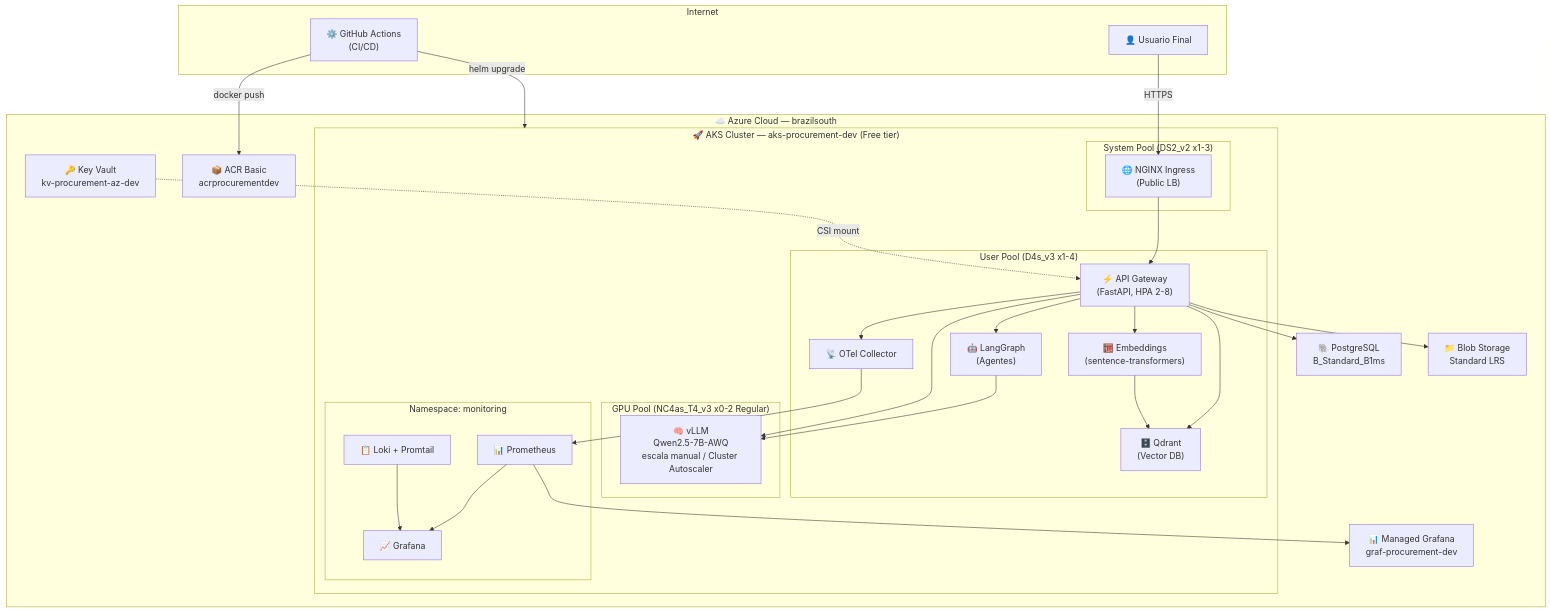
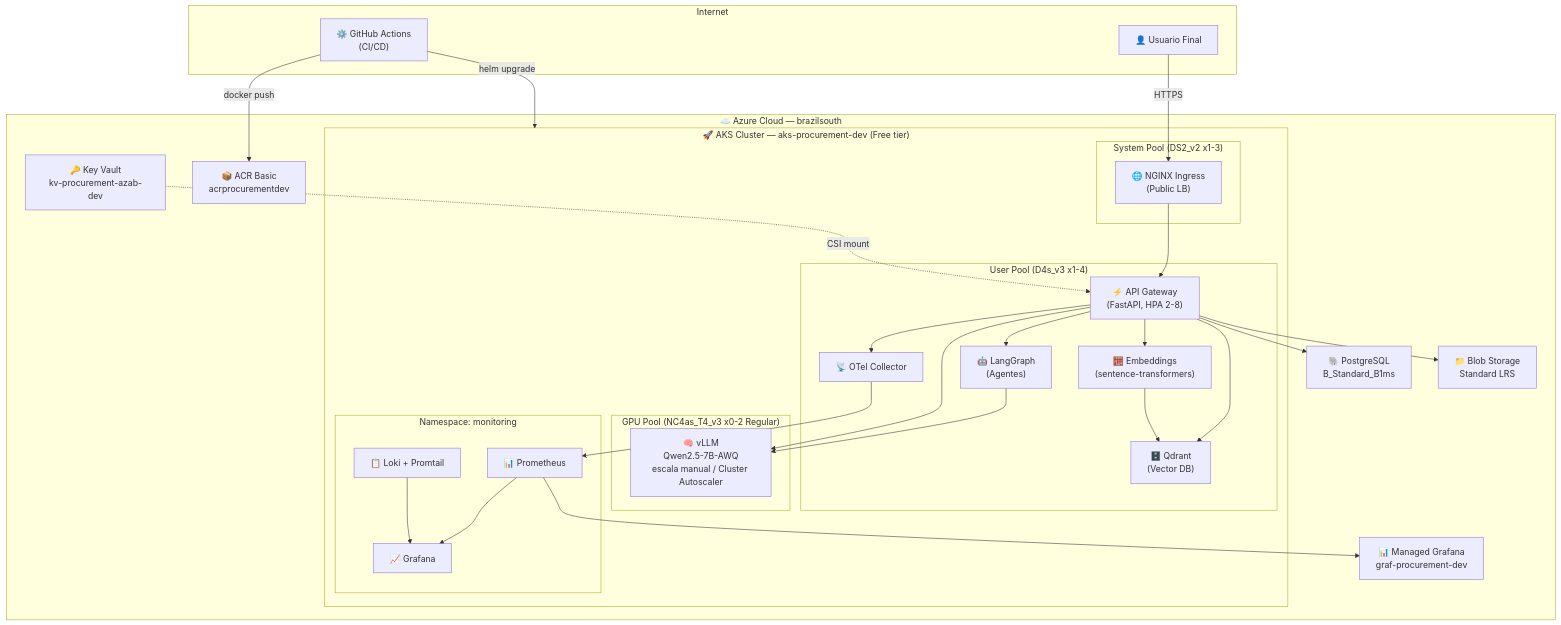
One commit to cmisaico/proyecto-final-procurement changed the first of 6 diagrams in docs/diagramas.md. Above: the diagram before and after it, drawn with Mermaid. The commit also changed 9 other files, not shown here.

````diff
--- a/docs/diagramas.md
+++ b/docs/diagramas.md
@@ -16,59 +16,59 @@
 ```mermaid
 graph TB
     subgraph Internet
         User["👤 Usuario Final"]
         GHA["⚙️ GitHub Actions\n(CI/CD)"]
     end
 
     subgraph AzureCloud["☁️ Azure Cloud — brazilsouth"]
         ACR["📦 ACR Basic\nacrprocurementdev"]
-        KV["🔑 Key Vault\nkv-procurement-az-dev"]
+        KV["🔑 Key Vault\nkv-procurement-azab-dev"]
 
         subgraph AKS["🚀 AKS Cluster — aks-procurement-dev (Free tier)"]
             subgraph SystemPool["System Pool (DS2_v2 x1-3)"]
                 Ingress["🌐 NGINX Ingress\n(Public LB)"]
             end
 
             subgraph UserPool["User Pool (D4s_v3 x1-4)"]
                 API["⚡ API Gateway\n(FastAPI, HPA 2-8)"]
                 LG["🤖 LangGraph\n(Agentes)"]
                 EMB["🧮 Embeddings\n(sentence-transformers)"]
                 Qdrant["🗄️ Qdrant\n(Vector DB)"]
                 OTel["📡 OTel Collector"]
             end
 
             subgraph GPUPool["GPU Pool (NC4as_T4_v3 x0-2 Regular)"]
                 vLLM["🧠 vLLM\nQwen2.5-7B-AWQ\nescala manual / Cluster Autoscaler"]
             end
 
             subgraph Monitoring["Namespace: monitoring"]
                 Prom["📊 Prometheus"]
                 Grafana["📈 Grafana"]
                 Loki["📋 Loki + Promtail"]
             end
         end
 
         PSQL["🐘 PostgreSQL\nB_Standard_B1ms"]
         Blob["📁 Blob Storage\nStandard LRS"]
         Grafana_M["📊 Managed Grafana\ngraf-procurement-dev"]
     end
 
     User -->|"HTTPS"| Ingress
     GHA -->|"docker push"| ACR
     GHA -->|"helm upgrade"| AKS
     Ingress --> API
     API --> LG
     API --> EMB
     API --> Qdrant
     LG --> vLLM
     API --> vLLM
     EMB --> Qdrant
     API --> PSQL
     API --> Blob
     KV -.->|"CSI mount"| API
     API --> OTel
     OTel --> Prom
     Prom --> Grafana
     Prom --> Grafana_M
     Loki --> Grafana
 ```
````
